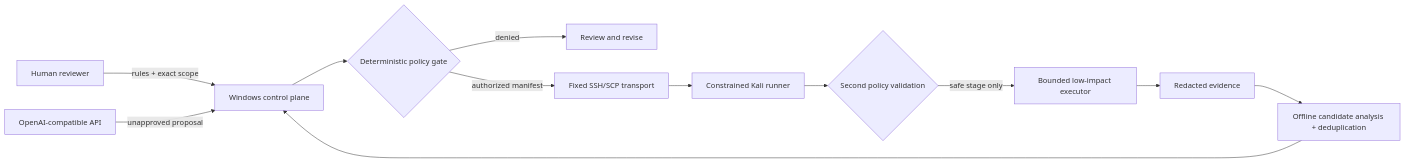
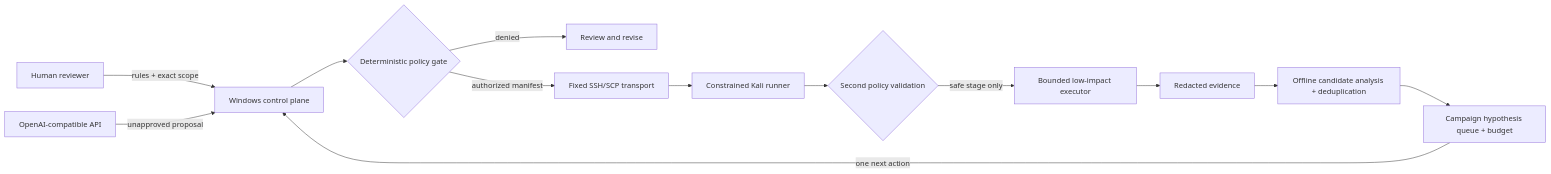
Before and after one commit to C-8H11N/aegis-scope: the diagram in README.en.md, drawn with Mermaid. The commit also changed other lines of this file and 23 other files, not shown here.

````diff
--- a/README.en.md
+++ b/README.en.md
@@ -92,14 +94,15 @@
 ```mermaid
 flowchart LR
     U["Human reviewer"] -->|"rules + exact scope"| W["Windows control plane"]
     M["OpenAI-compatible API"] -->|"unapproved proposal"| W
     W --> P{"Deterministic policy gate"}
     P -->|"denied"| R["Review and revise"]
     P -->|"authorized manifest"| T["Fixed SSH/SCP transport"]
     T --> K["Constrained Kali runner"]
     K --> P2{"Second policy validation"}
     P2 -->|"safe stage only"| E["Bounded low-impact executor"]
     E --> D["Redacted evidence"]
     D --> A["Offline candidate analysis + deduplication"]
-    A --> W
+    A --> C["Campaign hypothesis queue + budget"]
+    C -->|"one next action"| W
 ```
````
